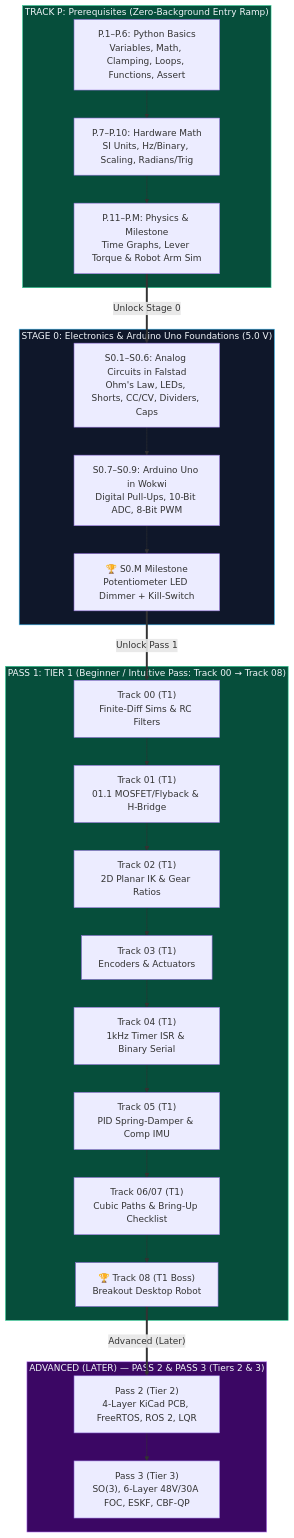
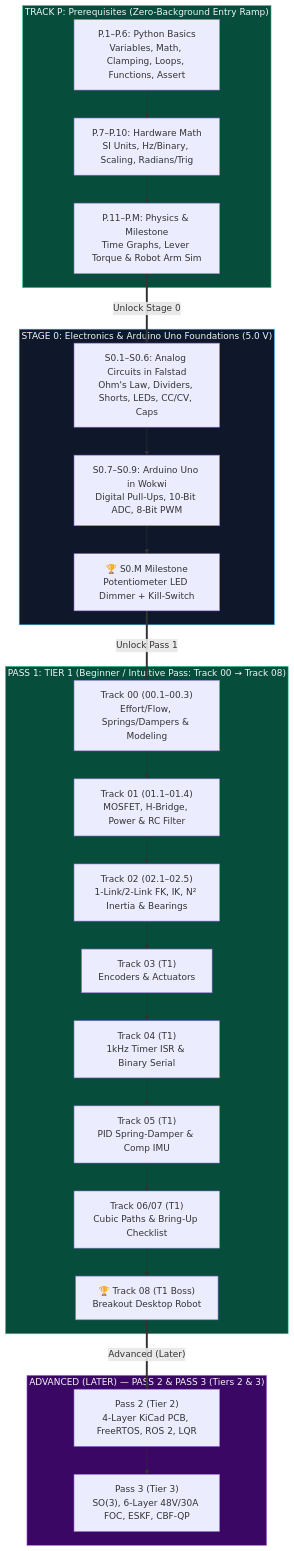
One commit to TLE47/Mechatronics-Roadmap changed the diagram in README.md. Above: the diagram before and after it, drawn with Mermaid. The commit also changed other lines of this file and 58 other files, not shown here.

````diff
--- a/README.md
+++ b/README.md
@@ -121,27 +121,27 @@
 ```mermaid
 flowchart TB
     subgraph TP["TRACK P: Prerequisites (Zero-Background Entry Ramp)"]
         TP_1["P.1–P.6: Python Basics<br/>Variables, Math, Clamping, Loops, Functions, Assert"] --> TP_2["P.7–P.10: Hardware Math<br/>SI Units, Hz/Binary, Scaling, Radians/Trig"] --> TP_3["P.11–P.M: Physics & Milestone<br/>Time Graphs, Lever Torque & Robot Arm Sim"]
     end
 
     subgraph L0["STAGE 0: Electronics & Arduino Uno Foundations (5.0 V)"]
-        L0_1["S0.1–S0.6: Analog Circuits in Falstad<br/>Ohm's Law, LEDs, Shorts, CC/CV, Dividers, Caps"] --> L0_2["S0.7–S0.9: Arduino Uno in Wokwi<br/>Digital Pull-Ups, 10-Bit ADC, 8-Bit PWM"] --> L0_3["🏆 S0.M Milestone<br/>Potentiometer LED Dimmer + Kill-Switch"]
+        L0_1["S0.1–S0.6: Analog Circuits in Falstad<br/>Ohm's Law, Dividers, Shorts, LEDs, CC/CV, Caps"] --> L0_2["S0.7–S0.9: Arduino Uno in Wokwi<br/>Digital Pull-Ups, 10-Bit ADC, 8-Bit PWM"] --> L0_3["🏆 S0.M Milestone<br/>Potentiometer LED Dimmer + Kill-Switch"]
     end
 
     subgraph P1["PASS 1: TIER 1 (Beginner / Intuitive Pass: Track 00 → Track 08)"]
-        T1_0["Track 00 (T1)<br/>Finite-Diff Sims & RC Filters"] --> T1_1["Track 01 (T1)<br/>01.1 MOSFET/Flyback & H-Bridge"] --> T1_2["Track 02 (T1)<br/>2D Planar IK & Gear Ratios"] --> T1_3["Track 03 (T1)<br/>Encoders & Actuators"] --> T1_4["Track 04 (T1)<br/>1kHz Timer ISR & Binary Serial"] --> T1_5["Track 05 (T1)<br/>PID Spring-Damper & Comp IMU"] --> T1_6["Track 06/07 (T1)<br/>Cubic Paths & Bring-Up Checklist"] --> T1_8["🏆 Track 08 (T1 Boss)<br/>Breakout Desktop Robot"]
+        T1_0["Track 00 (00.1–00.3)<br/>Effort/Flow, Springs/Dampers & Modeling"] --> T1_1["Track 01 (01.1–01.4)<br/>MOSFET, H-Bridge, Power & RC Filter"] --> T1_2["Track 02 (02.1–02.5)<br/>1-Link/2-Link FK, IK, N² Inertia & Bearings"] --> T1_3["Track 03 (T1)<br/>Encoders & Actuators"] --> T1_4["Track 04 (T1)<br/>1kHz Timer ISR & Binary Serial"] --> T1_5["Track 05 (T1)<br/>PID Spring-Damper & Comp IMU"] --> T1_6["Track 06/07 (T1)<br/>Cubic Paths & Bring-Up Checklist"] --> T1_8["🏆 Track 08 (T1 Boss)<br/>Breakout Desktop Robot"]
     end
 
     subgraph P2["ADVANCED (LATER) — PASS 2 & PASS 3 (Tiers 2 & 3)"]
         T2_0["Pass 2 (Tier 2)<br/>4-Layer KiCad PCB, FreeRTOS, ROS 2, LQR"] --> T3_0["Pass 3 (Tier 3)<br/>SO(3), 6-Layer 48V/30A FOC, ESKF, CBF-QP"]
     end
 
     TP_3 ==>|"Unlock Stage 0"| L0_1
     L0_3 ==>|"Unlock Pass 1"| T1_0
     T1_8 ==>|"Advanced (Later)"| T2_0
 
     style TP fill:#064e3b,stroke:#34d399,color:#f1f5f9
     style L0 fill:#0f172a,stroke:#38bdf8,color:#f1f5f9
     style P1 fill:#064e3b,stroke:#34d399,color:#f1f5f9
     style P2 fill:#3b0764,stroke:#c084fc,color:#f1f5f9
 ```
````
